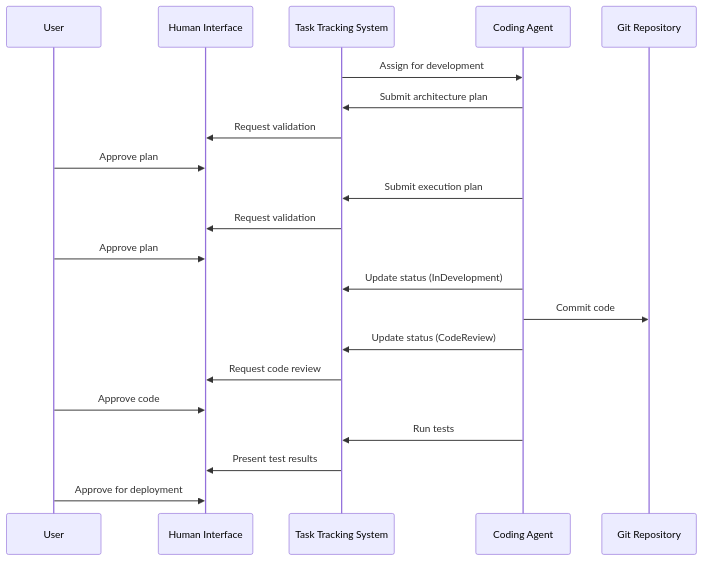
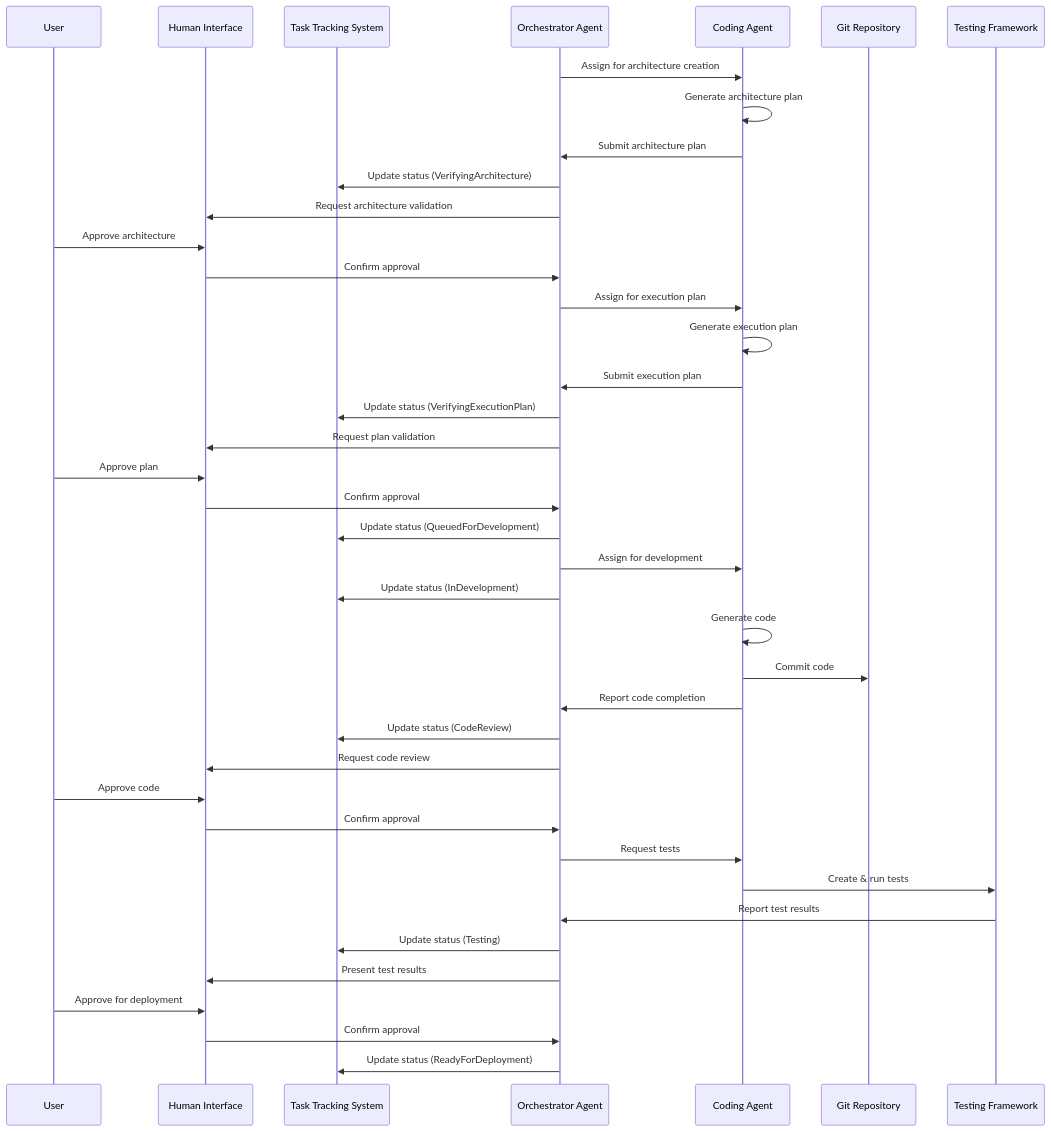
One commit to kgatilin/aihive changed the second of 2 diagrams in docs/arch/high_level_architecture.md. Above: the diagram before and after it, drawn with Mermaid. The commit also changed other lines of this file and 3 other files, not shown here.

Commit message:
Reintegrate Orchestrator Agent into the architecture documentation

````diff
--- a/docs/arch/high_level_architecture.md
+++ b/docs/arch/high_level_architecture.md
@@ -46,24 +58,47 @@
 ```mermaid
 sequenceDiagram
     participant User
     participant HI as Human Interface
     participant TTS as Task Tracking System
+    participant OA as Orchestrator Agent
     participant CA as Coding Agent
     participant Git as Git Repository
+    participant Tests as Testing Framework
     
-    TTS->>CA: Assign for development
-    CA->>TTS: Submit architecture plan
-    TTS->>HI: Request validation
+    OA->>CA: Assign for architecture creation
+    CA->>CA: Generate architecture plan
+    CA->>OA: Submit architecture plan
+    OA->>TTS: Update status (VerifyingArchitecture)
+    OA->>HI: Request architecture validation
+    User->>HI: Approve architecture
+    HI->>OA: Confirm approval
+    
+    OA->>CA: Assign for execution plan
+    CA->>CA: Generate execution plan
+    CA->>OA: Submit execution plan
+    OA->>TTS: Update status (VerifyingExecutionPlan)
+    OA->>HI: Request plan validation
     User->>HI: Approve plan
-    CA->>TTS: Submit execution plan
-    TTS->>HI: Request validation
-    User->>HI: Approve plan
-    CA->>TTS: Update status (InDevelopment)
+    HI->>OA: Confirm approval
+    
+    OA->>TTS: Update status (QueuedForDevelopment)
+    OA->>CA: Assign for development
+    OA->>TTS: Update status (InDevelopment)
+    CA->>CA: Generate code
     CA->>Git: Commit code
-    CA->>TTS: Update status (CodeReview)
-    TTS->>HI: Request code review
+    CA->>OA: Report code completion
+    
+    OA->>TTS: Update status (CodeReview)
+    OA->>HI: Request code review
     User->>HI: Approve code
-    CA->>TTS: Run tests
-    TTS->>HI: Present test results
+    HI->>OA: Confirm approval
+    
+    OA->>CA: Request tests
+    CA->>Tests: Create & run tests
+    Tests->>OA: Report test results
+    OA->>TTS: Update status (Testing)
+    OA->>HI: Present test results
     User->>HI: Approve for deployment
+    HI->>OA: Confirm approval
+    OA->>TTS: Update status (ReadyForDeployment)
 ```
````
